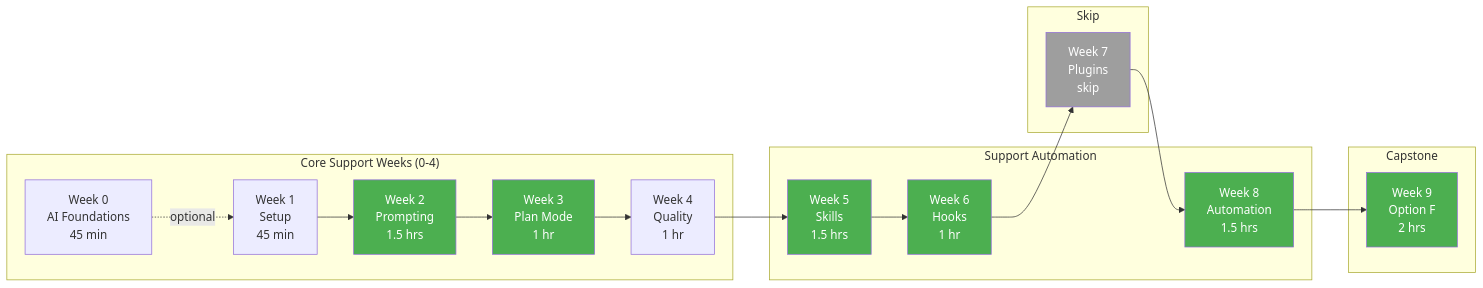
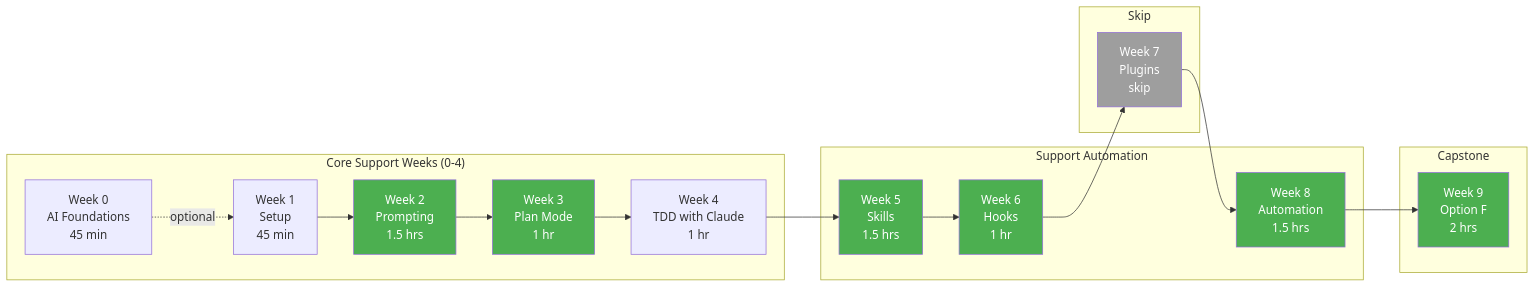
One commit to RealManage/dx-training changed the diagram in courses/ai-101-claude-code/resources/quick-start-support.md. Above: the diagram before and after it, drawn with Mermaid. The commit also changed other lines of this file and 59 other files, not shown here.

````diff
--- a/courses/ai-101-claude-code/resources/quick-start-support.md
+++ b/courses/ai-101-claude-code/resources/quick-start-support.md
@@ -11,37 +11,37 @@
 ```mermaid
 graph LR
     subgraph "Core Support Weeks (0-4)"
         W0[Week 0<br>AI Foundations<br>45 min] -.->|optional| W1[Week 1<br>Setup<br>45 min]
         W1 --> W2[Week 2<br>Prompting<br>1.5 hrs]
         W2 --> W3[Week 3<br>Plan Mode<br>1 hr]
-        W3 --> W4[Week 4<br>Quality<br>1 hr]
+        W3 --> W4[Week 4<br>TDD with Claude<br>1 hr]
     end
 
     subgraph "Support Automation"
         W5[Week 5<br>Skills<br>1.5 hrs]
         W6[Week 6<br>Hooks<br>1 hr]
         W8[Week 8<br>Automation<br>1.5 hrs]
     end
 
     subgraph "Skip"
         W7[Week 7<br>Plugins<br>skip]
     end
 
     subgraph "Capstone"
         W9[Week 9<br>Option F<br>2 hrs]
     end
 
     W4 --> W5
     W5 --> W6
     W6 --> W7
     W7 --> W8
     W8 --> W9
 
     style W2 fill:#4CAF50,color:#fff
     style W3 fill:#4CAF50,color:#fff
     style W5 fill:#4CAF50,color:#fff
     style W6 fill:#4CAF50,color:#fff
     style W8 fill:#4CAF50,color:#fff
     style W9 fill:#4CAF50,color:#fff
     style W7 fill:#9E9E9E,color:#fff
 ```
````
